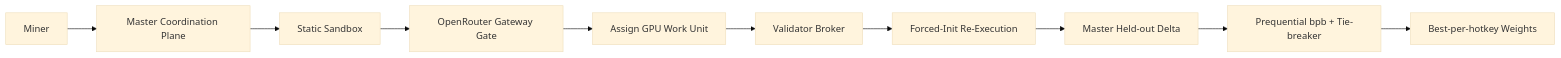
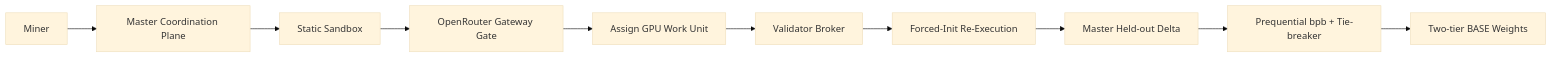
One commit to PlatformNetwork/prism changed the first of 2 diagrams in README.md. Above: the diagram before and after it, drawn with Mermaid (base theme). The commit also changed other lines of this file, not shown here.

Commit message:
docs(readme): reflect two-tier emission split weighting

````diff
--- a/README.md
+++ b/README.md
@@ -113,12 +117,12 @@
 ```mermaid
 flowchart LR
     Miner[Miner] --> Master[Master Coordination Plane]
     Master --> Static[Static Sandbox]
     Static --> LLM[OpenRouter Gateway Gate]
     LLM --> Assign[Assign GPU Work Unit]
     Assign --> Validator[Validator Broker]
     Validator --> Reexec[Forced-Init Re-Execution]
     Reexec --> Heldout[Master Held-out Delta]
     Heldout --> Score[Prequential bpb + Tie-breaker]
-    Score --> Weights[Best-per-hotkey Weights]
+    Score --> Weights[Two-tier BASE Weights]
 ```
````
